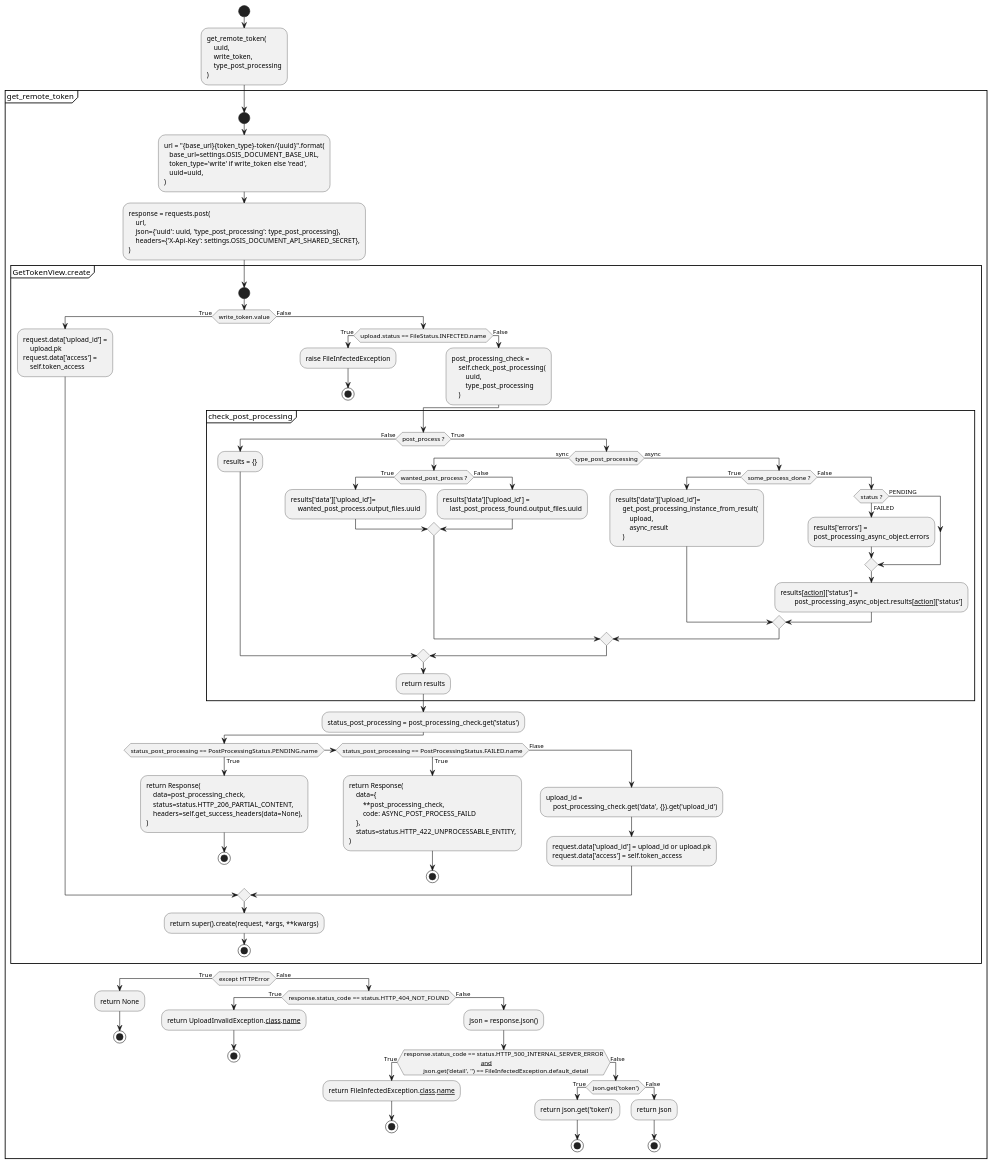
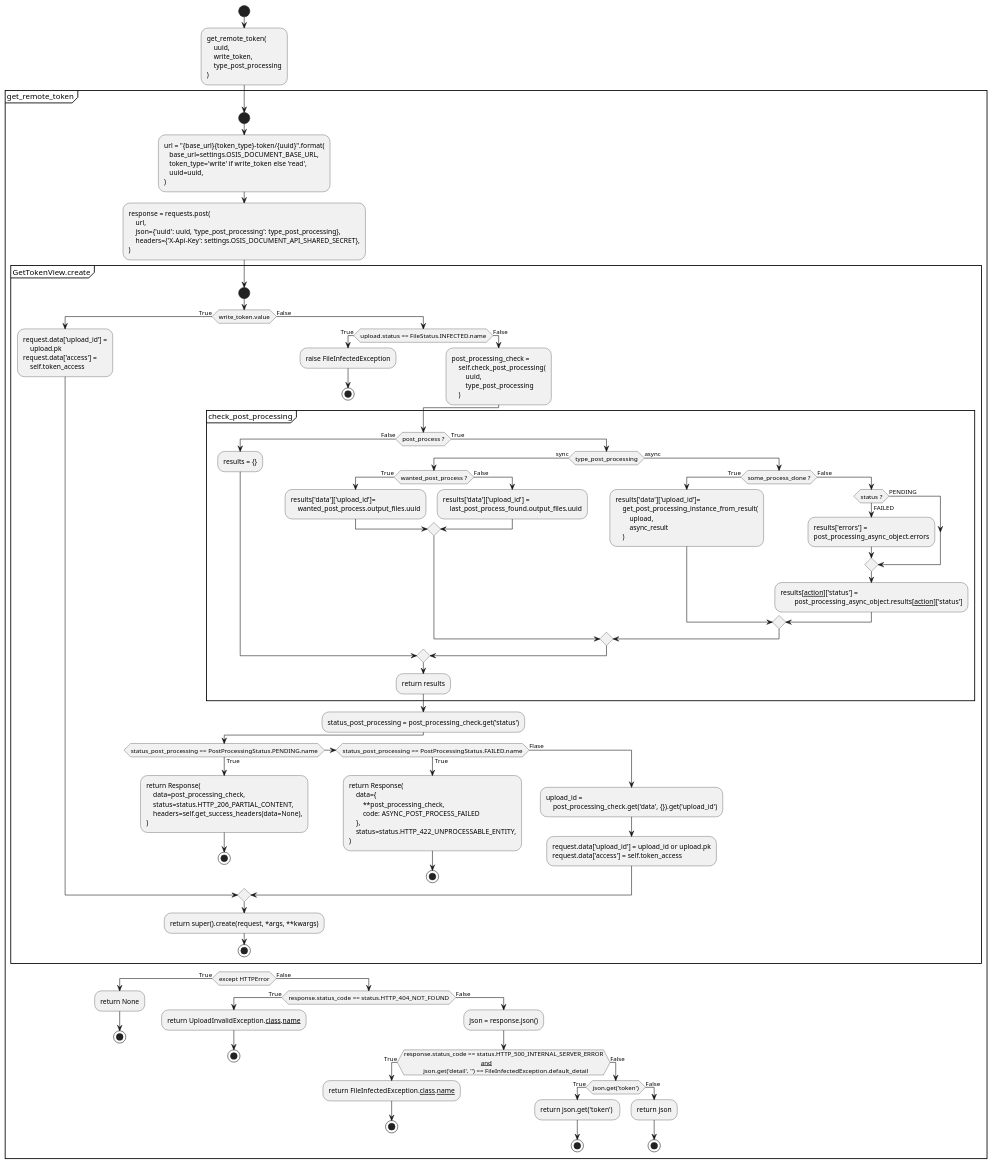
Before and after one commit to uclouvain/osis-document: the diagram in osis_document/docs/diagram/get_remote_token(code).puml, drawn with PlantUML. The commit also changed 16 other files, not shown here.

```diff
--- a/osis_document/docs/diagram/get_remote_token(code).puml
+++ b/osis_document/docs/diagram/get_remote_token(code).puml
@@ -1,147 +1,147 @@
 @startuml
 'https://plantuml.com/activity-diagram-beta
 
 start
 :get_remote_token(
     uuid,
     write_token,
     type_post_processing
 );
 
 
 
 partition get_remote_token
 start
 :url = "{base_url}{token_type}-token/{uuid}".format(
    base_url=settings.OSIS_DOCUMENT_BASE_URL,
    token_type='write' if write_token else 'read',
    uuid=uuid,
 );
 :response = requests.post(
     url,
     json={'uuid': uuid, 'type_post_processing': type_post_processing},
     headers={'X-Api-Key': settings.OSIS_DOCUMENT_API_SHARED_SECRET},
 );
 
 
 
     partition GetTokenView.create
     start
 
 
 
         if (write_token.value) then(True)
            :request.data['upload_id'] =
                upload.pk
            request.data['access'] =
                self.token_access;
         else (False)
             if (upload.status == FileStatus.INFECTED.name) then(True)
                 :raise FileInfectedException;
                 stop
             else (False)
                 :post_processing_check =
                     self.check_post_processing(
                         uuid,
                         type_post_processing
                     );
             endif
 
 
 
             partition check_post_processing {
                 if (post_process ?) then(False)
                 :results = {};
                 else (True)
                     if (type_post_processing) then(sync)
                         if (wanted_post_process ?) then(True)
                         :results['data']['upload_id']=
                             wanted_post_process.output_files.uuid;
                         else (False)
                         :results['data']['upload_id'] =
                             last_post_process_found.output_files.uuid;
                         endif
 
                     else (async)
                         if (some_process_done ?) then(True)
                         :results['data']['upload_id']=
                             get_post_processing_instance_from_result(
                                 upload,
                                 async_result
                             );
                         else (False)
                             if (status ?) then(PENDING)
 
                             else (FAILED)
                                 :results['errors'] =
                                 post_processing_async_object.errors;
                             endif
                             :results[__action__]['status'] =
                                     post_processing_async_object.results[__action__]['status'];
                         endif
                     endif
                 endif
                 :return results;
             }
 
 
             :status_post_processing = post_processing_check.get('status');
             if (status_post_processing == PostProcessingStatus.PENDING.name) then(True)
                 :return Response(
                     data=post_processing_check,
                     status=status.HTTP_206_PARTIAL_CONTENT,
                     headers=self.get_success_headers(data=None),
                 );
                 stop
             elseif (status_post_processing == PostProcessingStatus.FAILED.name) then(True)
                 :return Response(
                     data={
                         **post_processing_check,
-                        code: ASYNC_POST_PROCESS_FAILD
+                        code: ASYNC_POST_PROCESS_FAILED
                     },
                     status=status.HTTP_422_UNPROCESSABLE_ENTITY,
                 );
                 stop
             else (Flase)
                 :upload_id =
                     post_processing_check.get('data', {}).get('upload_id');
                     :request.data['upload_id'] = upload_id or upload.pk
                     request.data['access'] = self.token_access;
             endif
 
         endif
         :return super().create(request, *args, **kwargs);
         stop
     }
 
 
     if (except HTTPError) then(True)
         :return None;
         stop
     else (False)
         if (response.status_code == status.HTTP_404_NOT_FOUND) then(True)
             :return UploadInvalidException.__class__.__name__;
             stop
         else (False)
             :json = response.json();
              if(response.status_code == status.HTTP_500_INTERNAL_SERVER_ERROR
                                                 __and__
             json.get('detail', '') == FileInfectedException.default_detail) then(True)
             :return FileInfectedException.__class__.__name__;
             stop
             else (False)
                 if (json.get('token')) then(True)
                 :return json.get('token') ;
                 stop
                 else (False)
                 :return json;
                 stop
                 endif
             endif
         endif
     endif
 }
 
 
 
 @enduml
```
